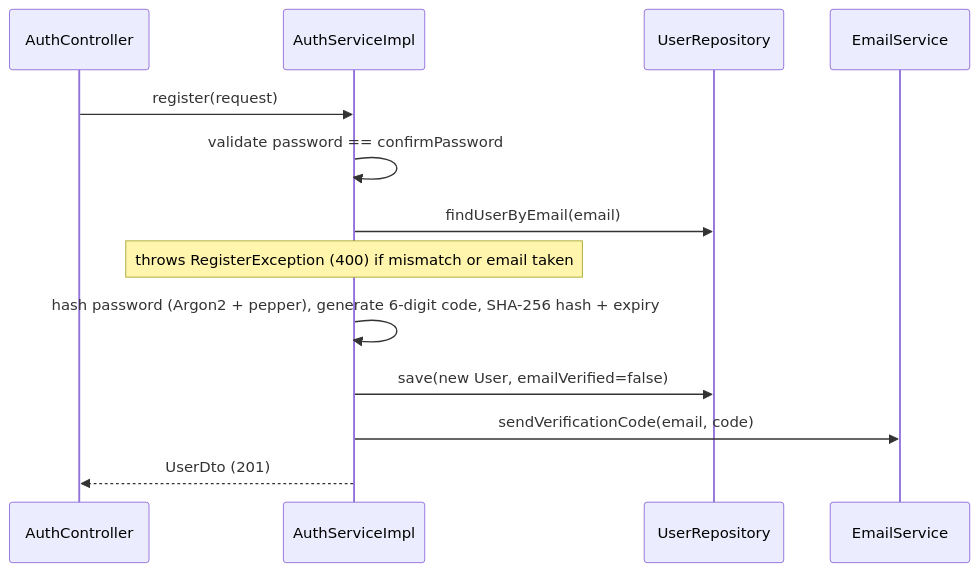
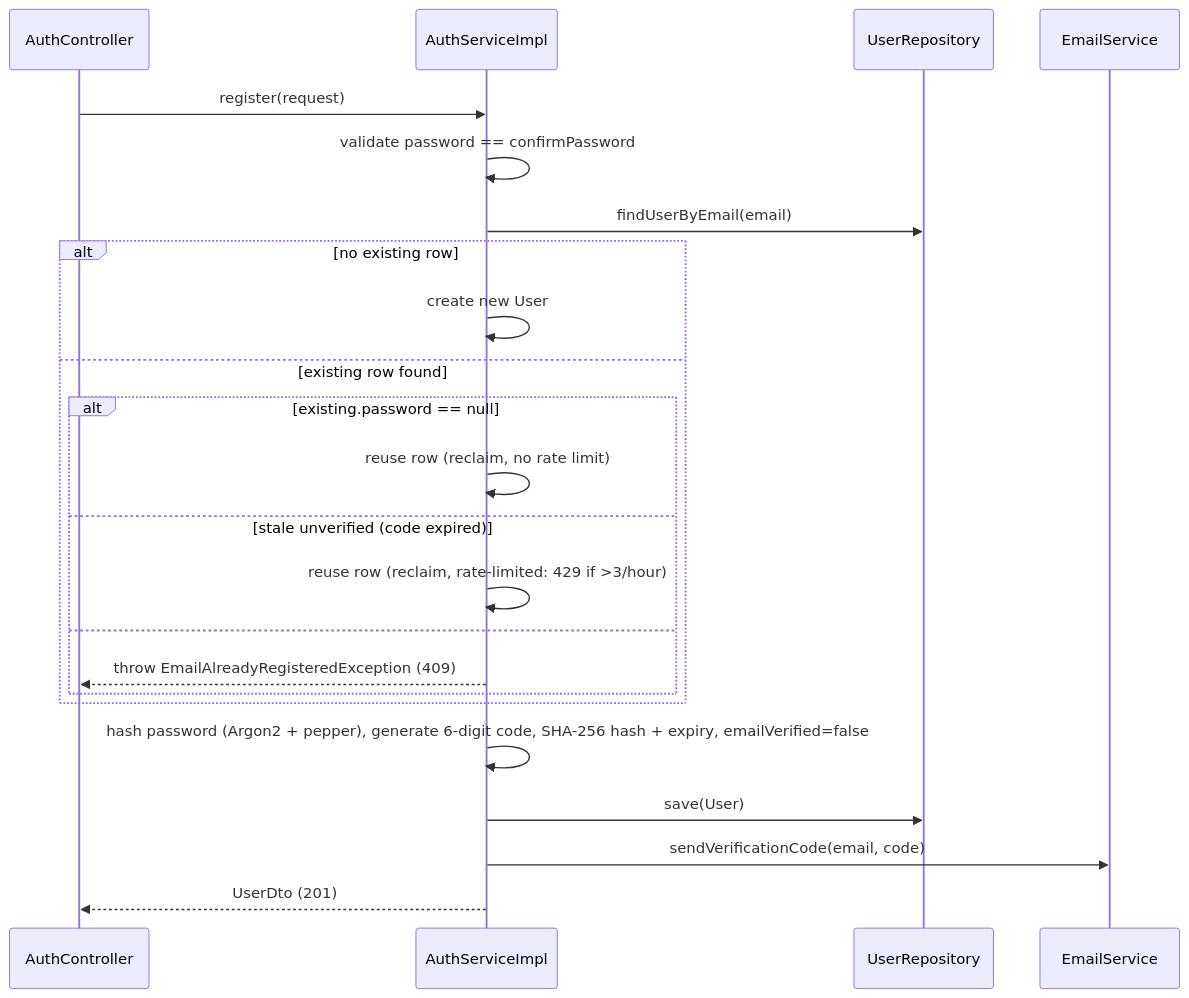
One commit to prospect-tool-relay4u-eu/relay4u-auth-service-be changed the first of 4 diagrams in documentation/endpoints/auth.md. Above: the diagram before and after it, drawn with Mermaid. The commit also changed other lines of this file and 3 other files, not shown here.

````diff
--- a/documentation/endpoints/auth.md
+++ b/documentation/endpoints/auth.md
@@ -20,16 +27,26 @@
 ```mermaid
 sequenceDiagram
     participant C as AuthController
     participant S as AuthServiceImpl
     participant R as UserRepository
     participant E as EmailService
 
     C->>S: register(request)
     S->>S: validate password == confirmPassword
     S->>R: findUserByEmail(email)
-    Note over S: throws RegisterException (400) if mismatch or email taken
-    S->>S: hash password (Argon2 + pepper), generate 6-digit code, SHA-256 hash + expiry
-    S->>R: save(new User, emailVerified=false)
+    alt no existing row
+        S->>S: create new User
+    else existing row found
+        alt existing.password == null
+            S->>S: reuse row (reclaim, no rate limit)
+        else stale unverified (code expired)
+            S->>S: reuse row (reclaim, rate-limited: 429 if >3/hour)
+        else
+            S-->>C: throw EmailAlreadyRegisteredException (409)
+        end
+    end
+    S->>S: hash password (Argon2 + pepper), generate 6-digit code, SHA-256 hash + expiry, emailVerified=false
+    S->>R: save(User)
     S->>E: sendVerificationCode(email, code)
     S-->>C: UserDto (201)
 ```
````
